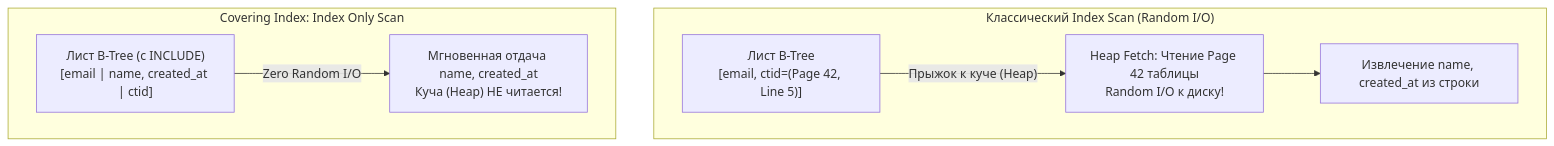
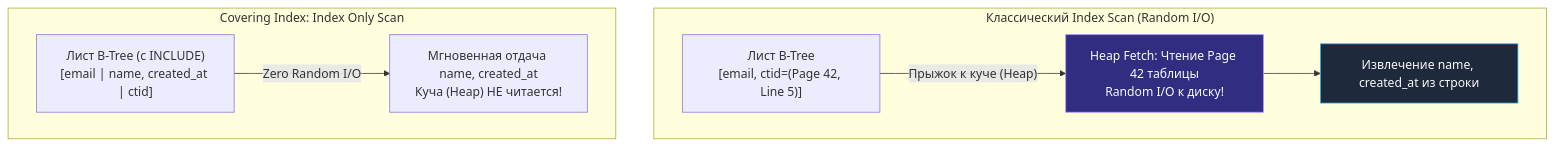
Before and after one commit to UnrealTemplier/go-textbook: the first of 2 diagrams in sources/12. Базы данных/04. Индексы и производительность/6. Covering индекс.md, drawn with Mermaid. The commit also changed other lines of this file and 1666 other files, not shown here.

First line of the commit message:
feat(mermaid): add semantic color classDef to 1369 colorless flowchart/graph diagrams

````diff
--- a/sources/12. Базы данных/04. Индексы и производительность/6. Covering индекс.md
+++ b/sources/12. Базы данных/04. Индексы и производительность/6. Covering индекс.md
@@ -36,15 +36,25 @@
 ```mermaid
 flowchart TD
+    classDef process  fill:#1e293b,stroke:#38bdf8,stroke-width:1px,color:#f8fafc
+    classDef success  fill:#064e3b,stroke:#34d399,stroke-width:1px,color:#f8fafc
+    classDef error    fill:#7f1d1d,stroke:#f87171,stroke-width:1px,color:#f8fafc
+    classDef warning  fill:#78350f,stroke:#fbbf24,stroke-width:1px,color:#f8fafc
+    classDef entry    fill:#1e3a5f,stroke:#38bdf8,stroke-width:2px,color:#f8fafc
+    classDef aux      fill:#334155,stroke:#64748b,stroke-width:1px,color:#f8fafc
+    classDef system   fill:#312e81,stroke:#a78bfa,stroke-width:1px,color:#f8fafc
+    classDef data     fill:#132d29,stroke:#2dd4bf,stroke-width:1px,color:#f8fafc
+    classDef network  fill:#881337,stroke:#fb7185,stroke-width:1px,color:#f8fafc
+    classDef accent   fill:#1e1b4b,stroke:#818cf8,stroke-width:1px,color:#f8fafc
     subgraph Traditional["Классический Index Scan (Random I/O)"]
         Idx1["Лист B-Tree<br>[email, ctid=(Page 42, Line 5)]"]
-        HeapFetch1["Heap Fetch: Чтение Page 42 таблицы<br>Random I/O к диску!"]
-        Extract1["Извлечение name, created_at из строки"]
+        HeapFetch1["Heap Fetch: Чтение Page 42 таблицы<br>Random I/O к диску!"]:::system
+        Extract1["Извлечение name, created_at из строки"]:::process
         Idx1 -->|"Прыжок к куче (Heap)"| HeapFetch1 --> Extract1
     end
 
     subgraph Covering["Covering Index: Index Only Scan"]
         Idx2["Лист B-Tree (с INCLUDE)<br>[email | name, created_at | ctid]"]
         DirectReturn["Мгновенная отдача name, created_at<br>Куча (Heap) НЕ читается!"]
         Idx2 -->|"Zero Random I/O"| DirectReturn
     end
 ```
````
